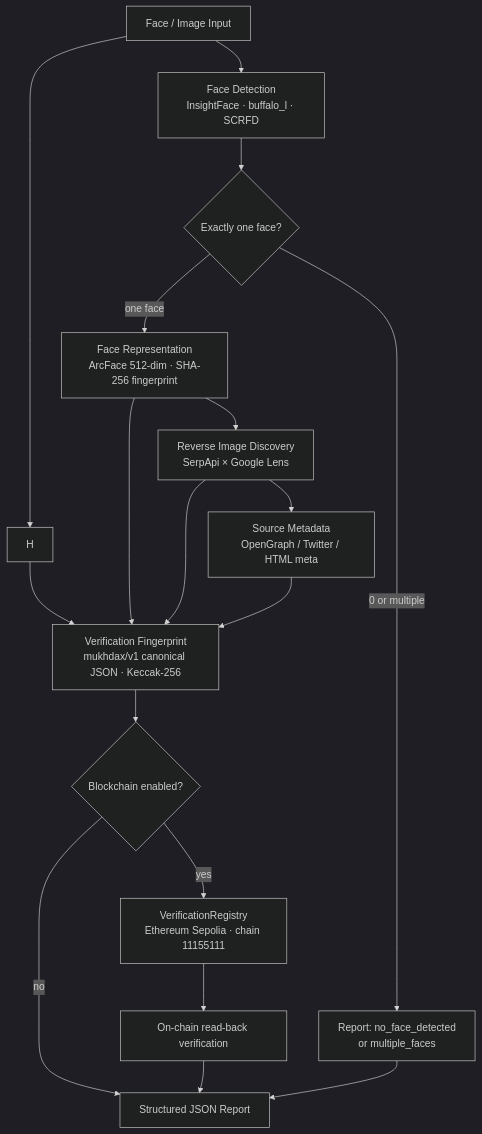
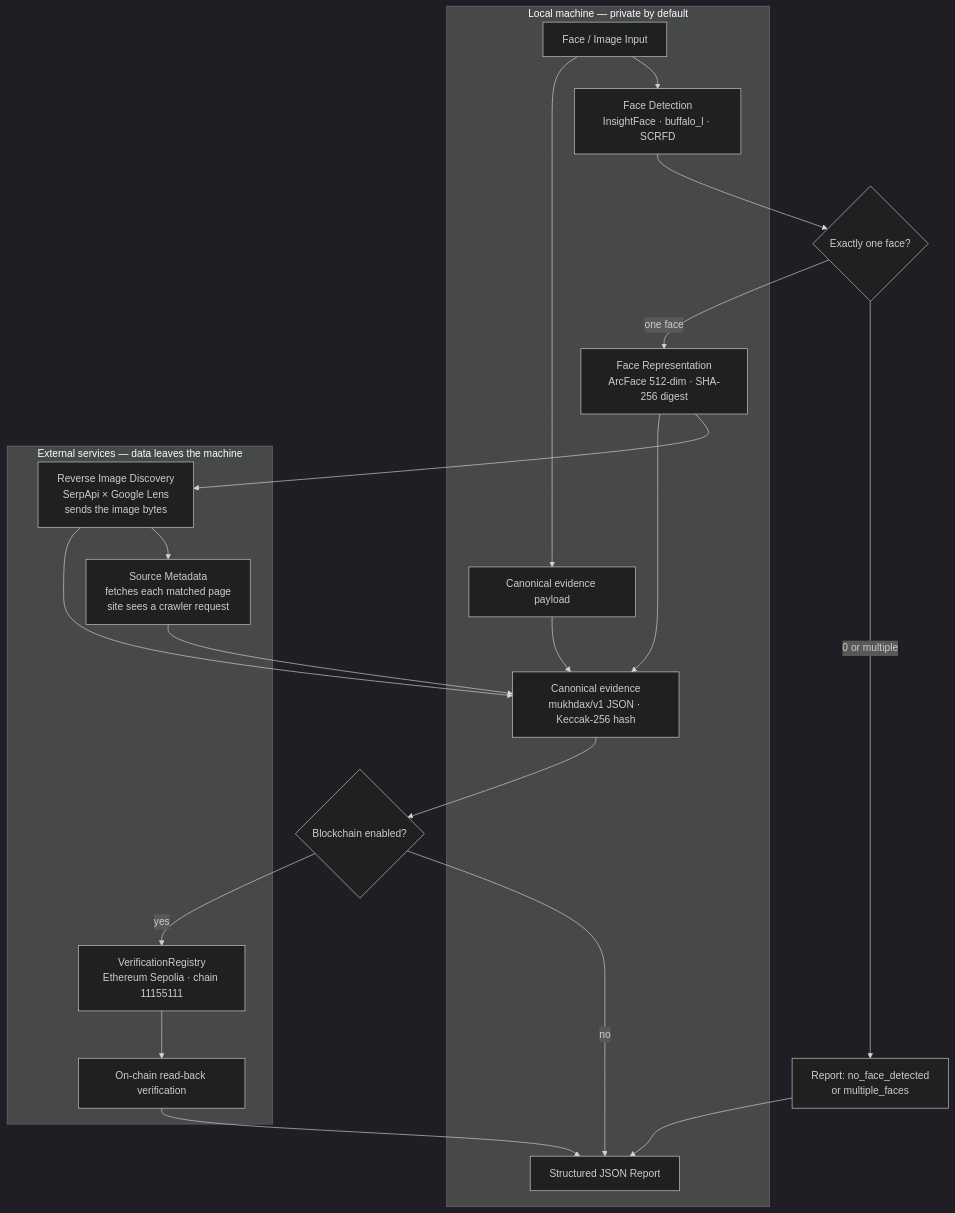
Before and after one commit to ANUBprad/face-id-verification: the diagram in README.md, drawn with Mermaid (dark theme). The commit also changed other lines of this file, not shown here.

Commit message:
docs: name the verification hash consistently and show trust boundaries

````diff
--- a/README.md
+++ b/README.md
@@ -23,17 +23,33 @@
 ```mermaid
 flowchart TD
     A[Face / Image Input] --> B[Face Detection<br/>InsightFace · buffalo_l · SCRFD]
     B --> C{Exactly one face?}
     C -->|0 or multiple| E1[Report: no_face_detected<br/>or multiple_faces]
-    C -->|one face| D[Face Representation<br/>ArcFace 512-dim · SHA-256 fingerprint]
+    C -->|one face| D[Face Representation<br/>ArcFace 512-dim · SHA-256 digest]
     A --> H
-    D --> R[Reverse Image Discovery<br/>SerpApi × Google Lens]
-    R --> M[Source Metadata<br/>OpenGraph / Twitter / HTML meta]
-    H & D & R & M --> V[Verification Fingerprint<br/>mukhdax/v1 canonical JSON · Keccak-256]
+    D --> R
+    R --> M
+    H & D & R & M --> V[Canonical evidence<br/>mukhdax/v1 JSON · Keccak-256 hash]
     V --> B1{Blockchain enabled?}
     B1 -->|yes| S[VerificationRegistry<br/>Ethereum Sepolia · chain 11155111]
     S --> O[On-chain read-back verification]
     B1 -->|no| Z[Structured JSON Report]
     O --> Z
     E1 --> Z
+
+    subgraph LOCAL["Local machine — private by default"]
+        A
+        B
+        D
+        H[Canonical evidence payload]
+        V
+        Z
+    end
+
+    subgraph EXT["External services — data leaves the machine"]
+        R[Reverse Image Discovery<br/>SerpApi × Google Lens<br/>sends the image bytes]
+        M[Source Metadata<br/>fetches each matched page<br/>site sees a crawler request]
+        S
+        O
+    end
 ```
````
